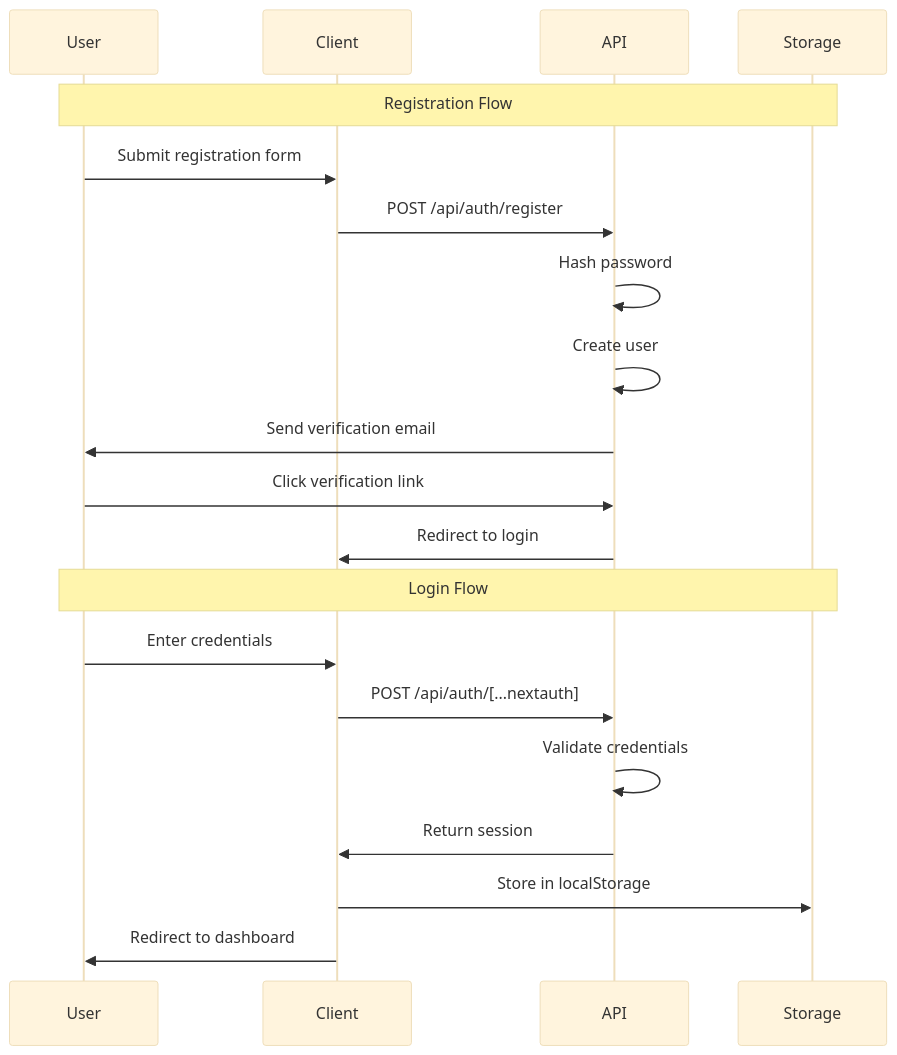
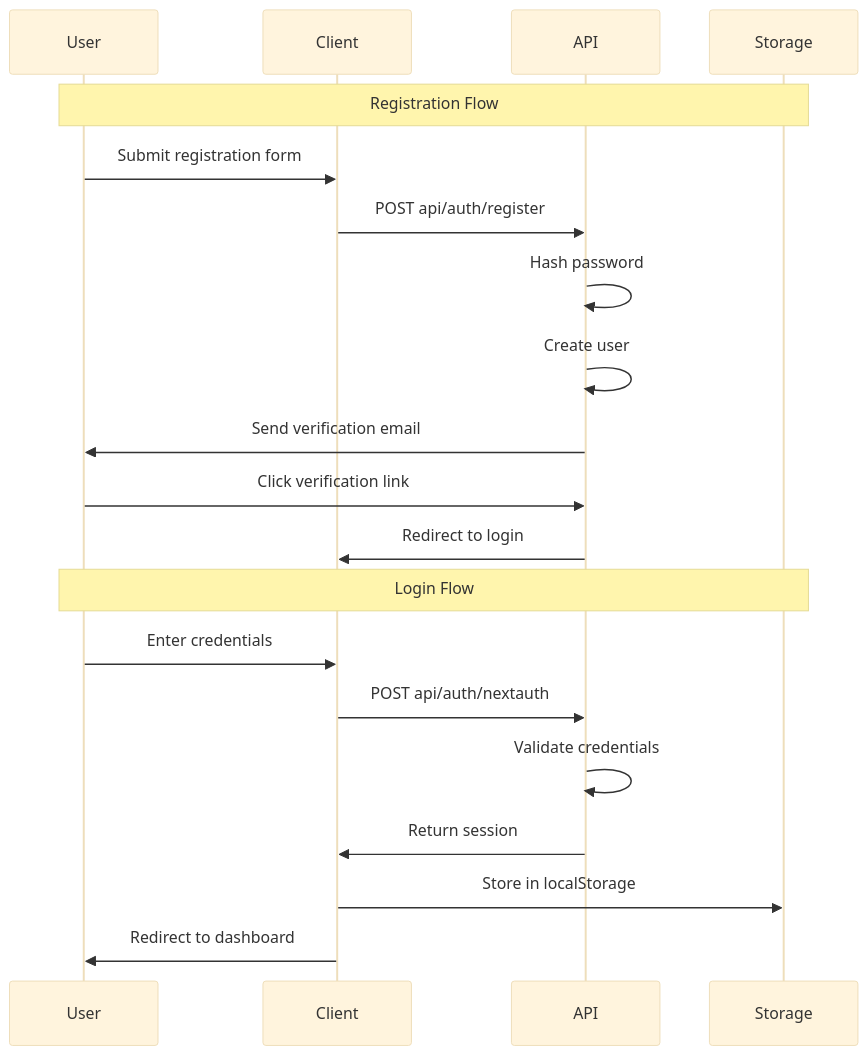
Before and after one commit to muhammaddseemab-dot/mediguide-ai: the fifth of 10 diagrams in Architecture.md, drawn with Mermaid (base theme). The commit also changed other lines of this file, not shown here.

````diff
--- a/Architecture.md
+++ b/Architecture.md
@@ -243,24 +243,24 @@
 ```mermaid
 sequenceDiagram
     participant U as User
     participant C as Client
     participant A as API
     participant S as Storage
     
     Note over U,S: Registration Flow
     U->>C: Submit registration form
-    C->>A: POST /api/auth/register
+    C->>A: POST api/auth/register
     A->>A: Hash password
     A->>A: Create user
     A->>U: Send verification email
     U->>A: Click verification link
     A->>C: Redirect to login
     
     Note over U,S: Login Flow
     U->>C: Enter credentials
-    C->>A: POST /api/auth/[...nextauth]
+    C->>A: POST api/auth/nextauth
     A->>A: Validate credentials
     A->>C: Return session
     C->>S: Store in localStorage
     C->>U: Redirect to dashboard
 ```
````
